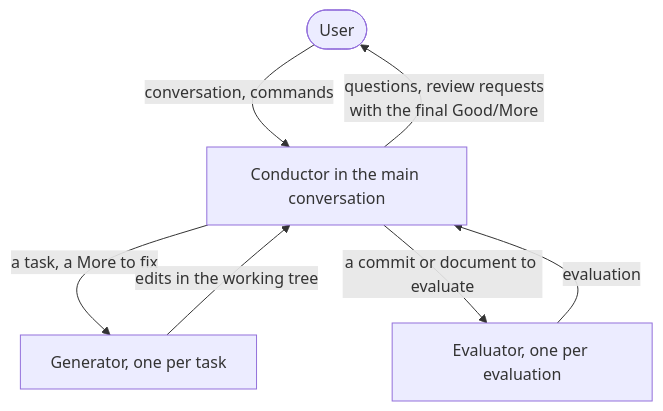
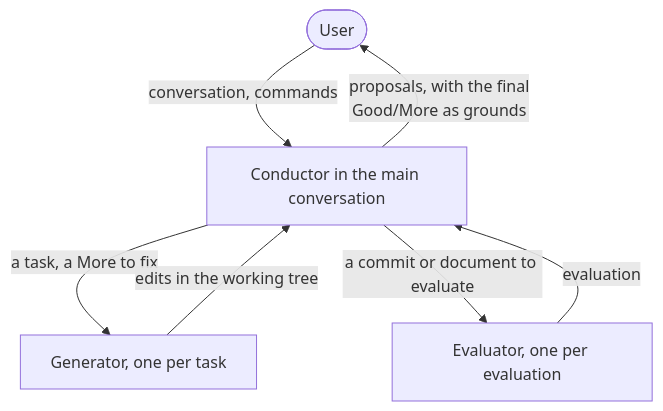
One commit to lovaizu/ccpm changed the second of 6 diagrams in rn/docs/design.md. Above: the diagram before and after it, drawn with Mermaid. The commit also changed other lines of this file and 1 other file, not shown here.

Commit message:
docs(rn): what rn gives at a sign-off is a proposal, not a review request

````diff
--- a/rn/docs/design.md
+++ b/rn/docs/design.md
@@ -142,13 +142,13 @@
 ```mermaid
 flowchart TD
     U(["User"])
     C["Conductor in the main conversation"]
     G["Generator, one per task"]
     E["Evaluator, one per evaluation"]
     U -->|"conversation, commands"| C
-    C -->|"questions, review requests<br/>with the final Good/More"| U
+    C -->|"proposals, with the final<br/>Good/More as grounds"| U
     C -->|"a task, a More to fix"| G
     G -->|"edits in the working tree"| C
     C -->|"a commit or document to evaluate"| E
     E -->|"evaluation"| C
 ```
````
